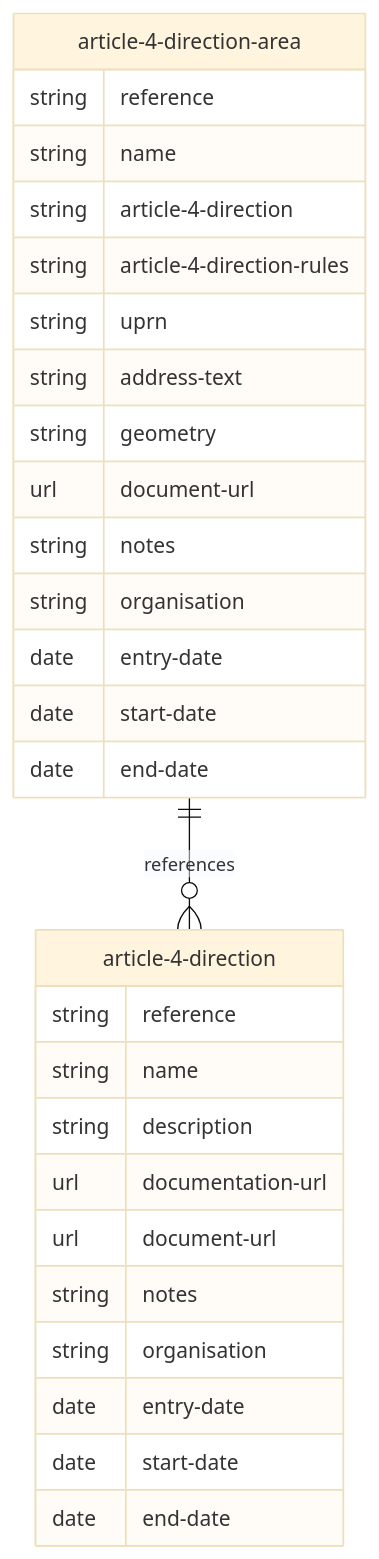
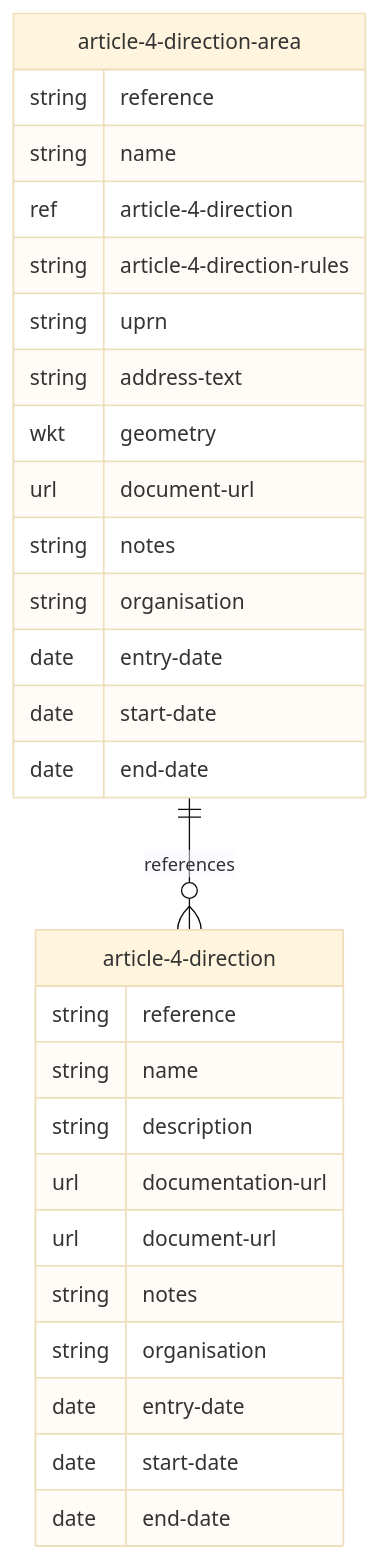
Before and after one commit to digital-land/specification: the diagram in mermaid/article-4-direction.md, drawn with Mermaid (base theme). The commit also changed 9 other files, not shown here.

````diff
--- a/mermaid/article-4-direction.md
+++ b/mermaid/article-4-direction.md
@@ -4,31 +4,31 @@
 ```mermaid
 erDiagram
     article-4-direction {
         string reference
         string name
         string description
         url documentation-url
         url document-url
         string notes
         string organisation
         date entry-date
         date start-date
         date end-date
     }
     article-4-direction-area {
         string reference
         string name
-        string article-4-direction
+        ref article-4-direction
         string article-4-direction-rules
         string uprn
         string address-text
-        string geometry
+        wkt geometry
         url document-url
         string notes
         string organisation
         date entry-date
         date start-date
         date end-date
     }
     article-4-direction-area ||--o{ article-4-direction : references
 ```
````
